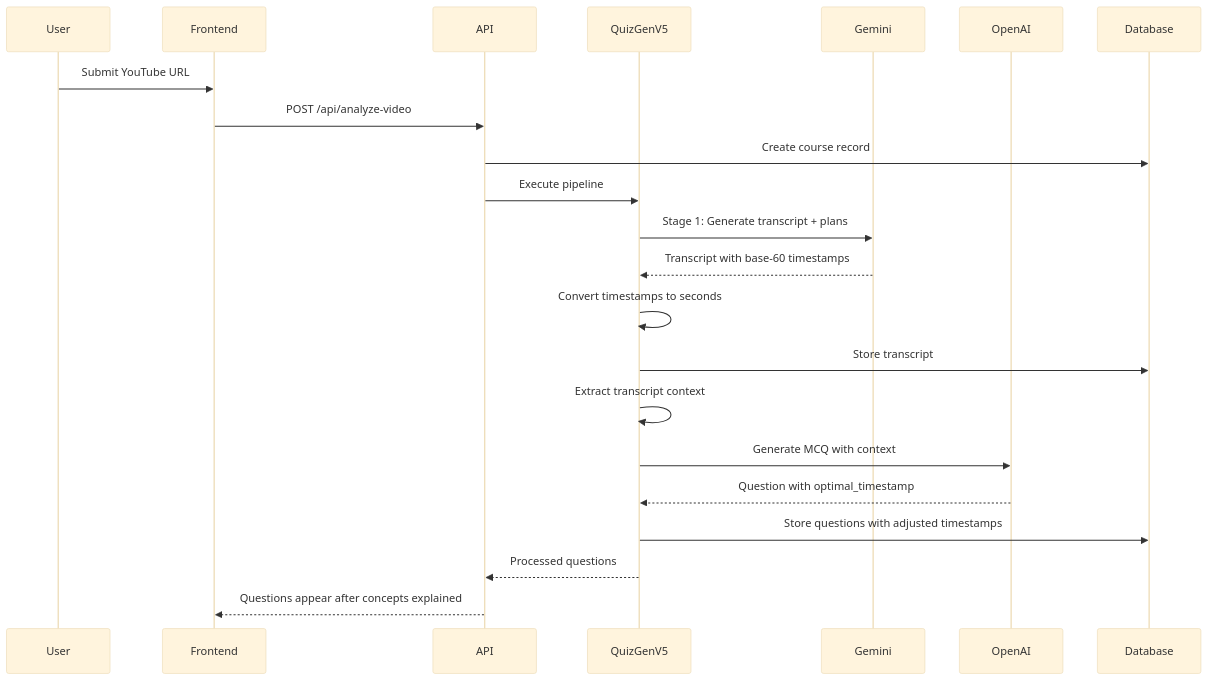
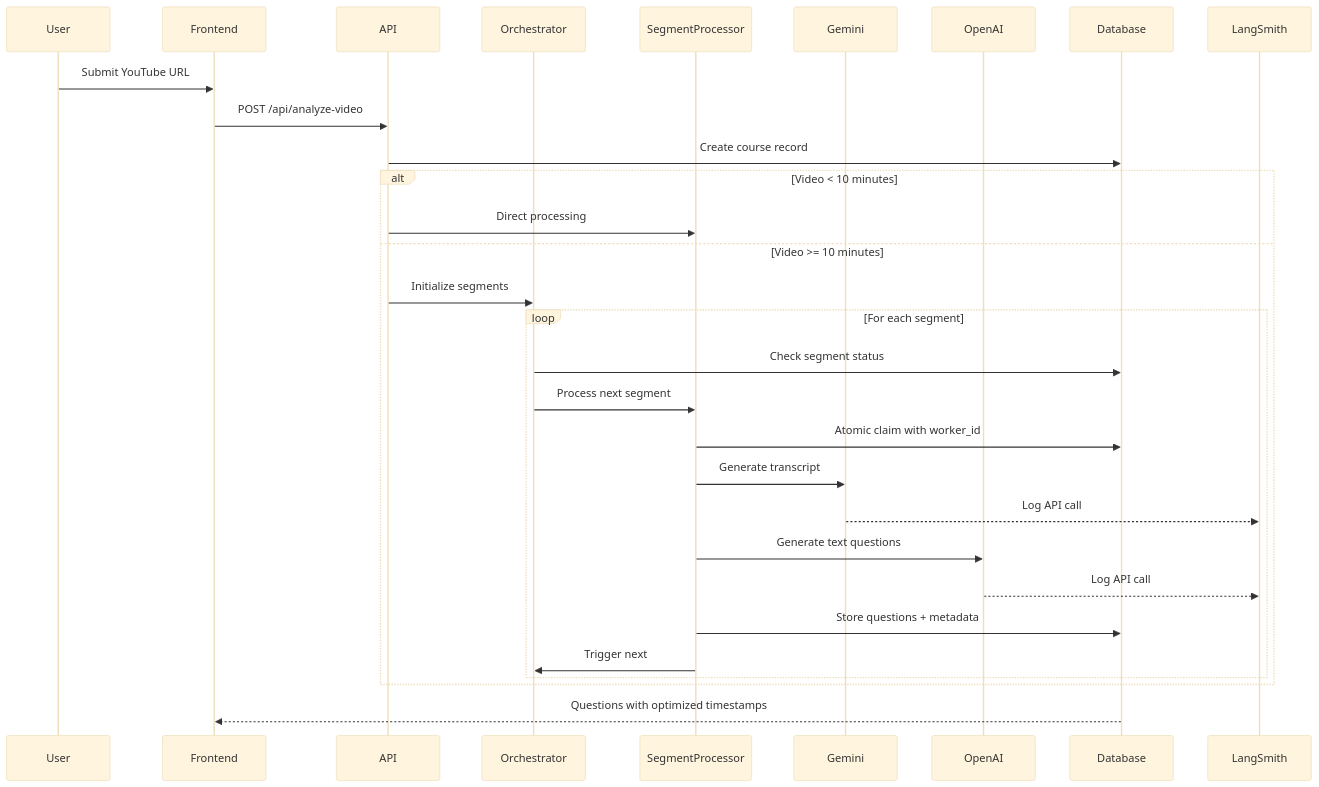
Before and after one commit to jfuginay/coursebuild: the second of 2 diagrams in COURSE_GENERATION_PIPELINE.md, drawn with Mermaid (base theme). The commit also changed other lines of this file and 17 other files, not shown here.

````diff
--- a/COURSE_GENERATION_PIPELINE.md
+++ b/COURSE_GENERATION_PIPELINE.md
@@ -251,28 +493,35 @@
 ```mermaid
 sequenceDiagram
     participant User
     participant Frontend
     participant API
-    participant QuizGenV5
+    participant Orchestrator
+    participant SegmentProcessor
     participant Gemini
     participant OpenAI
     participant Database
+    participant LangSmith
     
     User->>Frontend: Submit YouTube URL
     Frontend->>API: POST /api/analyze-video
     API->>Database: Create course record
-    API->>QuizGenV5: Execute pipeline
     
-    QuizGenV5->>Gemini: Stage 1: Generate transcript + plans
-    Gemini-->>QuizGenV5: Transcript with base-60 timestamps
-    QuizGenV5->>QuizGenV5: Convert timestamps to seconds
-    QuizGenV5->>Database: Store transcript
+    alt Video < 10 minutes
+        API->>SegmentProcessor: Direct processing
+    else Video >= 10 minutes
+        API->>Orchestrator: Initialize segments
+        loop For each segment
+            Orchestrator->>Database: Check segment status
+            Orchestrator->>SegmentProcessor: Process next segment
+            SegmentProcessor->>Database: Atomic claim with worker_id
+            SegmentProcessor->>Gemini: Generate transcript
+            Gemini-->>LangSmith: Log API call
+            SegmentProcessor->>OpenAI: Generate text questions
+            OpenAI-->>LangSmith: Log API call
+            SegmentProcessor->>Database: Store questions + metadata
+            SegmentProcessor->>Orchestrator: Trigger next
+        end
+    end
     
-    QuizGenV5->>QuizGenV5: Extract transcript context
-    QuizGenV5->>OpenAI: Generate MCQ with context
-    OpenAI-->>QuizGenV5: Question with optimal_timestamp
-    
-    QuizGenV5->>Database: Store questions with adjusted timestamps
-    QuizGenV5-->>API: Processed questions
-    API-->>Frontend: Questions appear after concepts explained
+    Database-->>Frontend: Questions with optimized timestamps
 ```
````
